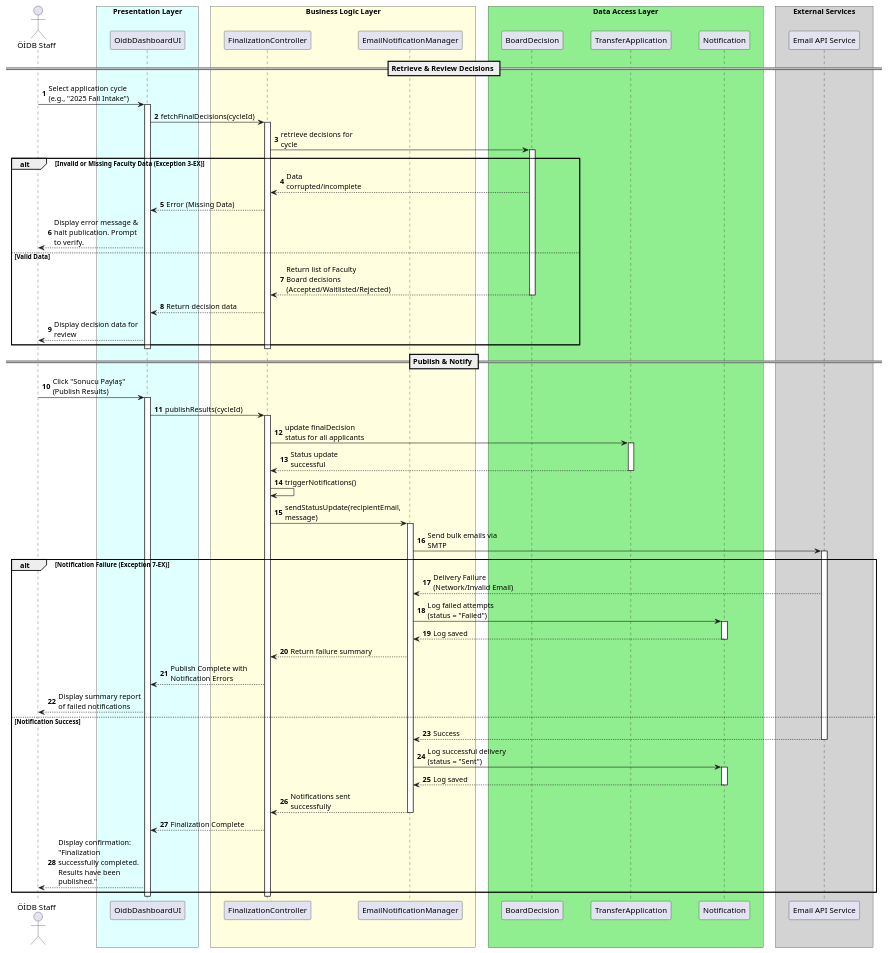
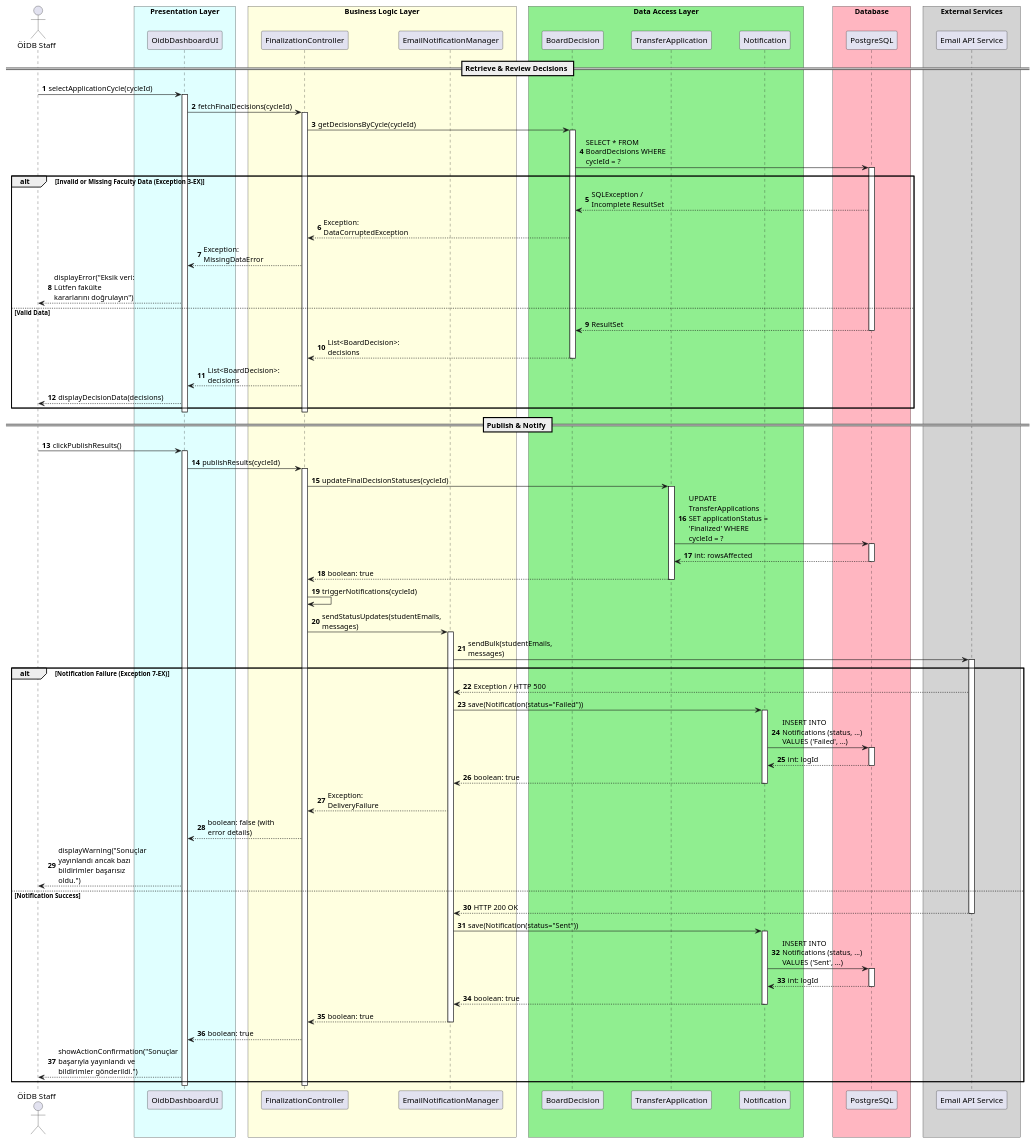
Before and after one commit to UTMS-G02/utms: the diagram in docs/uml/uc-6.puml, drawn with PlantUML.

Commit message:
docs: uc-6 updated

```diff
--- a/docs/uml/uc-6.puml
+++ b/docs/uml/uc-6.puml
@@ -1,102 +1,129 @@
 @startuml uc-6
 autonumber
 skinparam maxMessageSize 150
 skinparam ParticipantPadding 20
 skinparam BoxPadding 10
 
 actor "ÖİDB Staff" as Staff
 
 box "Presentation Layer" #LightCyan
 participant "OidbDashboardUI" as UI
 end box
 
 box "Business Logic Layer" #LightYellow
 participant "FinalizationController" as Controller
 participant "EmailNotificationManager" as EmailService
 end box
 
 box "Data Access Layer" #LightGreen
 participant "BoardDecision" as DecisionDB
 participant "TransferApplication" as AppDB
 participant "Notification" as LogDB
 end box
 
+box "Database" #LightPink
+participant "PostgreSQL" as DB
+end box
+
 box "External Services" #LightGray
 participant "Email API Service" as ExternalEmail
 end box
 
 == Retrieve & Review Decisions ==
 
-Staff -> UI: Select application cycle (e.g., "2025 Fall Intake")
+Staff -> UI: selectApplicationCycle(cycleId)
 activate UI
 
 UI -> Controller: fetchFinalDecisions(cycleId)
 activate Controller
 
-Controller -> DecisionDB: retrieve decisions for cycle
+Controller -> DecisionDB: getDecisionsByCycle(cycleId)
 activate DecisionDB
 
+DecisionDB -> DB: SELECT * FROM BoardDecisions WHERE cycleId = ?
+activate DB
+
 alt Invalid or Missing Faculty Data (Exception 3-EX)
-    DecisionDB --> Controller: Data corrupted/incomplete
-    Controller --> UI: Error (Missing Data)
-    UI --> Staff: Display error message & halt publication. Prompt to verify.
+    DB --> DecisionDB: SQLException / Incomplete ResultSet
+    DecisionDB --> Controller: Exception: DataCorruptedException
+    Controller --> UI: Exception: MissingDataError
+    UI --> Staff: displayError("Eksik veri: Lütfen fakülte kararlarını doğrulayın")
 else Valid Data
-    DecisionDB --> Controller: Return list of Faculty Board decisions (Accepted/Waitlisted/Rejected)
+    DB --> DecisionDB: ResultSet
+    deactivate DB
+    
+    DecisionDB --> Controller: List<BoardDecision>: decisions
     deactivate DecisionDB
     
-    Controller --> UI: Return decision data
-    UI --> Staff: Display decision data for review
+    Controller --> UI: List<BoardDecision>: decisions
+    UI --> Staff: displayDecisionData(decisions)
 end
 
 deactivate Controller
 deactivate UI
 
 == Publish & Notify ==
 
-Staff -> UI: Click "Sonucu Paylaş" (Publish Results)
+Staff -> UI: clickPublishResults()
 activate UI
 
 UI -> Controller: publishResults(cycleId)
 activate Controller
 
-Controller -> AppDB: update finalDecision status for all applicants
+Controller -> AppDB: updateFinalDecisionStatuses(cycleId)
 activate AppDB
-AppDB --> Controller: Status update successful
+
+AppDB -> DB: UPDATE TransferApplications SET applicationStatus = 'Finalized' WHERE cycleId = ?
+activate DB
+DB --> AppDB: int: rowsAffected
+deactivate DB
+
+AppDB --> Controller: boolean: true
 deactivate AppDB
 
-Controller -> Controller: triggerNotifications()
-Controller -> EmailService: sendStatusUpdate(recipientEmail, message)
+Controller -> Controller: triggerNotifications(cycleId)
+Controller -> EmailService: sendStatusUpdates(studentEmails, messages)
 activate EmailService
 
-EmailService -> ExternalEmail: Send bulk emails via SMTP
+EmailService -> ExternalEmail: sendBulk(studentEmails, messages)
 activate ExternalEmail
 
 alt Notification Failure (Exception 7-EX)
-    ExternalEmail --> EmailService: Delivery Failure (Network/Invalid Email)
-    EmailService -> LogDB: Log failed attempts (status = "Failed")
+    ExternalEmail --> EmailService: Exception / HTTP 500
+    
+    EmailService -> LogDB: save(Notification(status="Failed"))
     activate LogDB
-    LogDB --> EmailService: Log saved
+    LogDB -> DB: INSERT INTO Notifications (status, ...) VALUES ('Failed', ...)
+    activate DB
+    DB --> LogDB: int: logId
+    deactivate DB
+    LogDB --> EmailService: boolean: true
     deactivate LogDB
     
-    EmailService --> Controller: Return failure summary
-    Controller --> UI: Publish Complete with Notification Errors
-    UI --> Staff: Display summary report of failed notifications
+    EmailService --> Controller: Exception: DeliveryFailure
+    Controller --> UI: boolean: false (with error details)
+    UI --> Staff: displayWarning("Sonuçlar yayınlandı ancak bazı bildirimler başarısız oldu.")
 else Notification Success
-    ExternalEmail --> EmailService: Success
+    ExternalEmail --> EmailService: HTTP 200 OK
     deactivate ExternalEmail
-    EmailService -> LogDB: Log successful delivery (status = "Sent")
+    
+    EmailService -> LogDB: save(Notification(status="Sent"))
     activate LogDB
-    LogDB --> EmailService: Log saved
+    LogDB -> DB: INSERT INTO Notifications (status, ...) VALUES ('Sent', ...)
+    activate DB
+    DB --> LogDB: int: logId
+    deactivate DB
+    LogDB --> EmailService: boolean: true
     deactivate LogDB
     
-    EmailService --> Controller: Notifications sent successfully
+    EmailService --> Controller: boolean: true
     deactivate EmailService
     
-    Controller --> UI: Finalization Complete
-    UI --> Staff: Display confirmation: "Finalization successfully completed. Results have been published."
+    Controller --> UI: boolean: true
+    UI --> Staff: showActionConfirmation("Sonuçlar başarıyla yayınlandı ve bildirimler gönderildi.")
 end
 
 deactivate Controller
 deactivate UI
 
 @enduml
```
